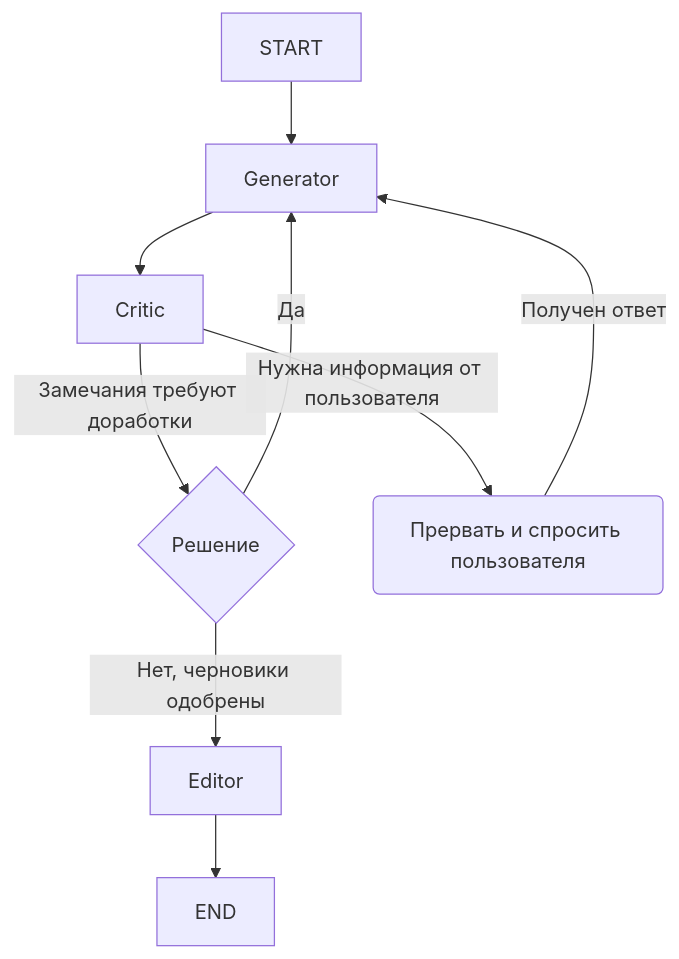
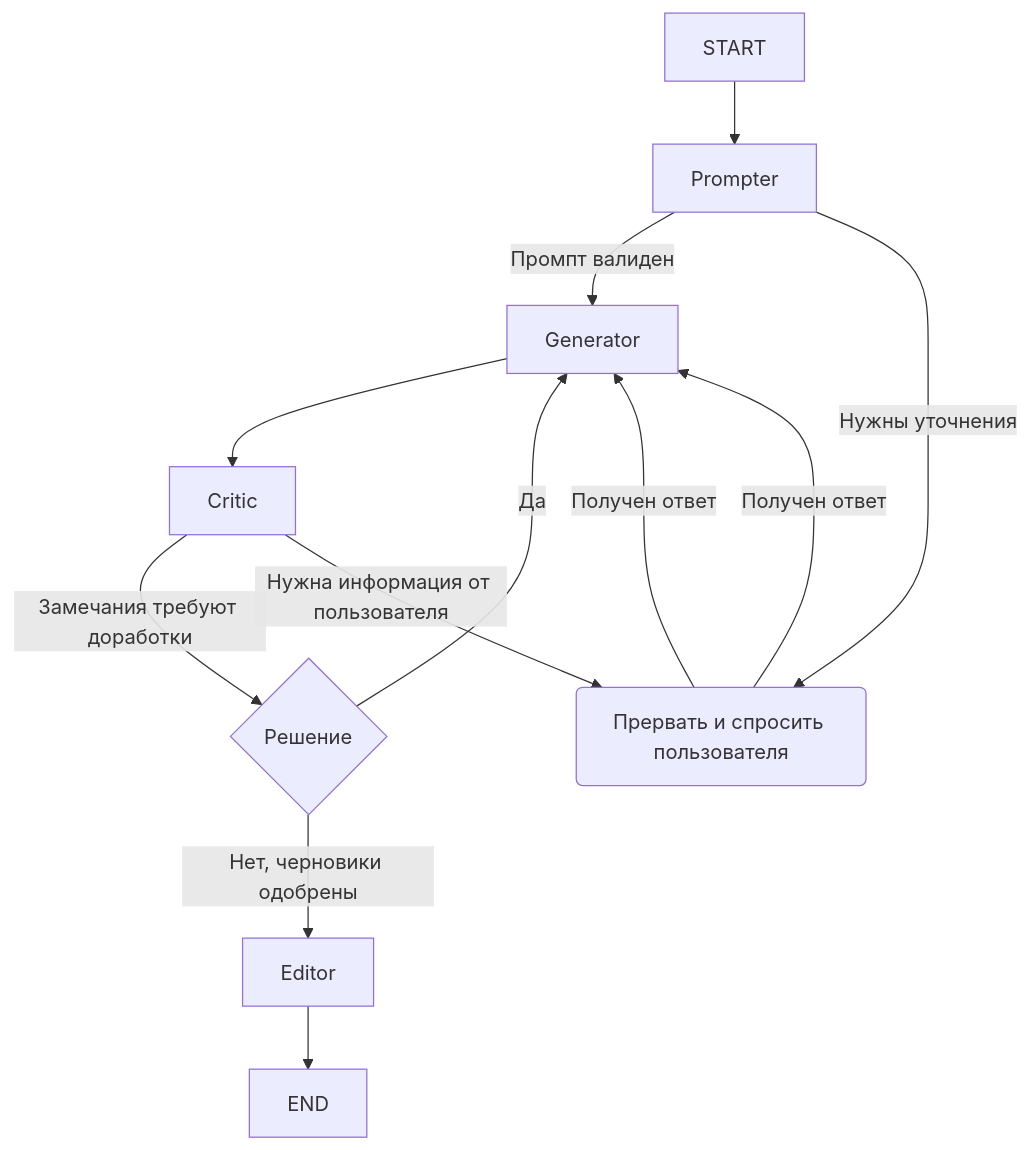
One commit to yushakhov/consilium changed the second of 2 diagrams in README.md. Above: the diagram before and after it, drawn with Mermaid. The commit also changed other lines of this file and 4 other files, not shown here.

````diff
--- a/README.md
+++ b/README.md
@@ -103,11 +106,14 @@
-```mermaid
+```mermaid 
 graph TD
-    Start[START] --> Generator
+    Start[START] --> Prompter
+    Prompter -->|Промпт валиден| Generator
+    Prompter -->|Нужны уточнения| AskUser(Прервать и спросить пользователя)
+    AskUser -->|Получен ответ| Generator
     Generator --> Critic
     Critic -->|Замечания требуют доработки| ShouldContinue{Решение}
-    ShouldContinue -->|Да| Generator
     ShouldContinue -->|Нет, черновики одобрены| Editor
     Critic -->|Нужна информация от пользователя| AskUser(Прервать и спросить пользователя)
     AskUser -->|Получен ответ| Generator
+    ShouldContinue -->|Да| Generator
     Editor --> End[END]
 ```
````
